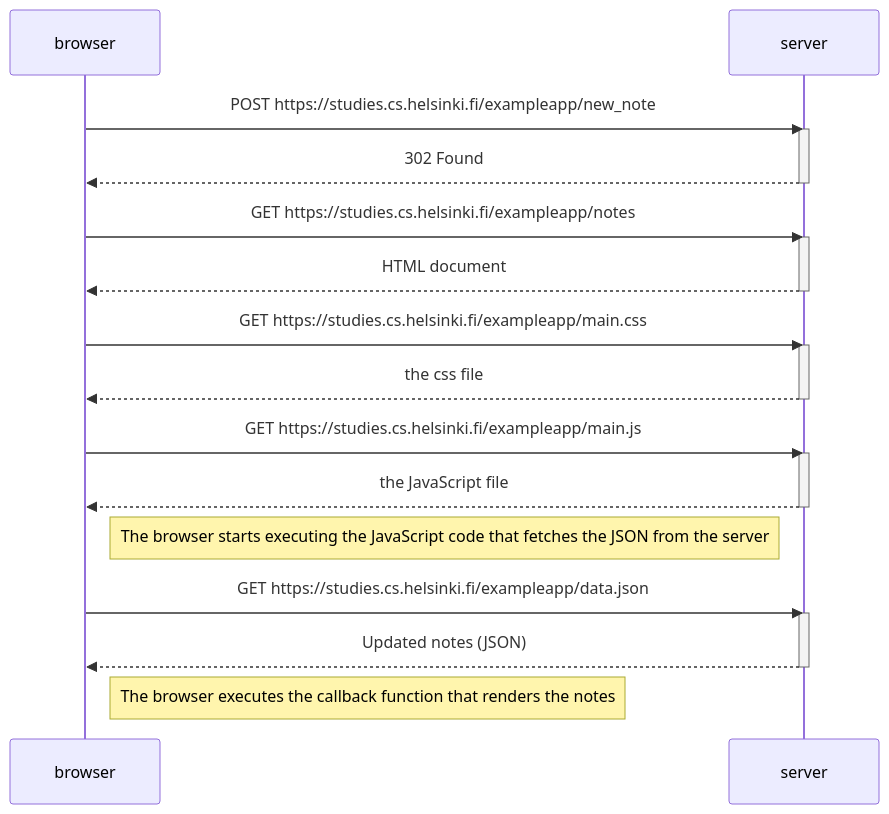
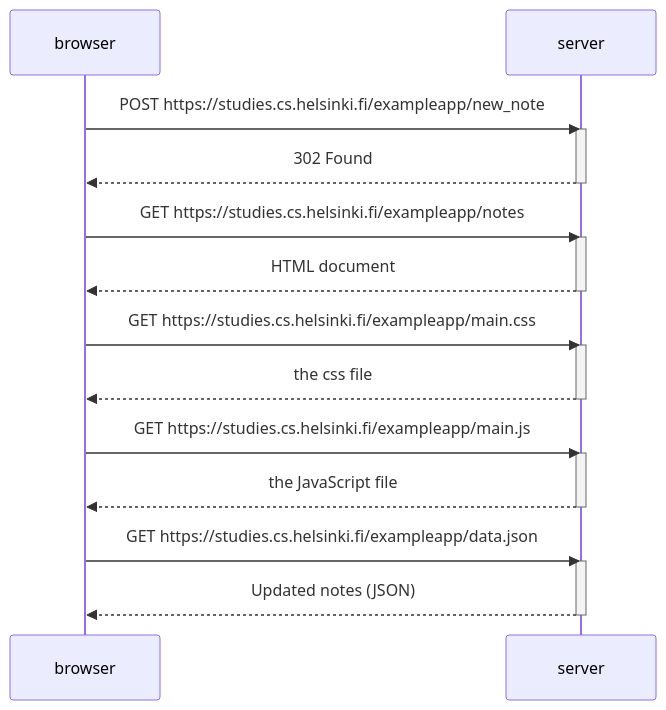
One commit to triviet29/Full-Stack-Open---part-0 changed the diagram in exercise4.md. Above: the diagram before and after it, drawn with Mermaid.

Commit message:
Remove notes on JavaScript execution in exercise4.md
Removed notes about browser executing JavaScript and callback function.

````diff
--- a/exercise4.md
+++ b/exercise4.md
@@ -1,34 +1,31 @@
 ```mermaid
 sequenceDiagram
   participant browser
   participant server
 
   browser->>server: POST https://studies.cs.helsinki.fi/exampleapp/new_note 
   activate server
   server-->>browser: 302 Found
   deactivate server
   
   browser->>server: GET https://studies.cs.helsinki.fi/exampleapp/notes
   activate server
   server-->>browser: HTML document
   deactivate server
   
   browser->>server: GET https://studies.cs.helsinki.fi/exampleapp/main.css
   activate server
   server-->>browser: the css file
   deactivate server
 
   browser->>server: GET https://studies.cs.helsinki.fi/exampleapp/main.js
   activate server
   server-->>browser: the JavaScript file
   deactivate server
 
-  Note right of browser: The browser starts executing the JavaScript code that fetches the JSON from the server
-
   browser->>server: GET https://studies.cs.helsinki.fi/exampleapp/data.json
   activate server
   server-->>browser: Updated notes (JSON)
   deactivate server
 
-  Note right of browser: The browser executes the callback function that renders the notes
 ```
````
